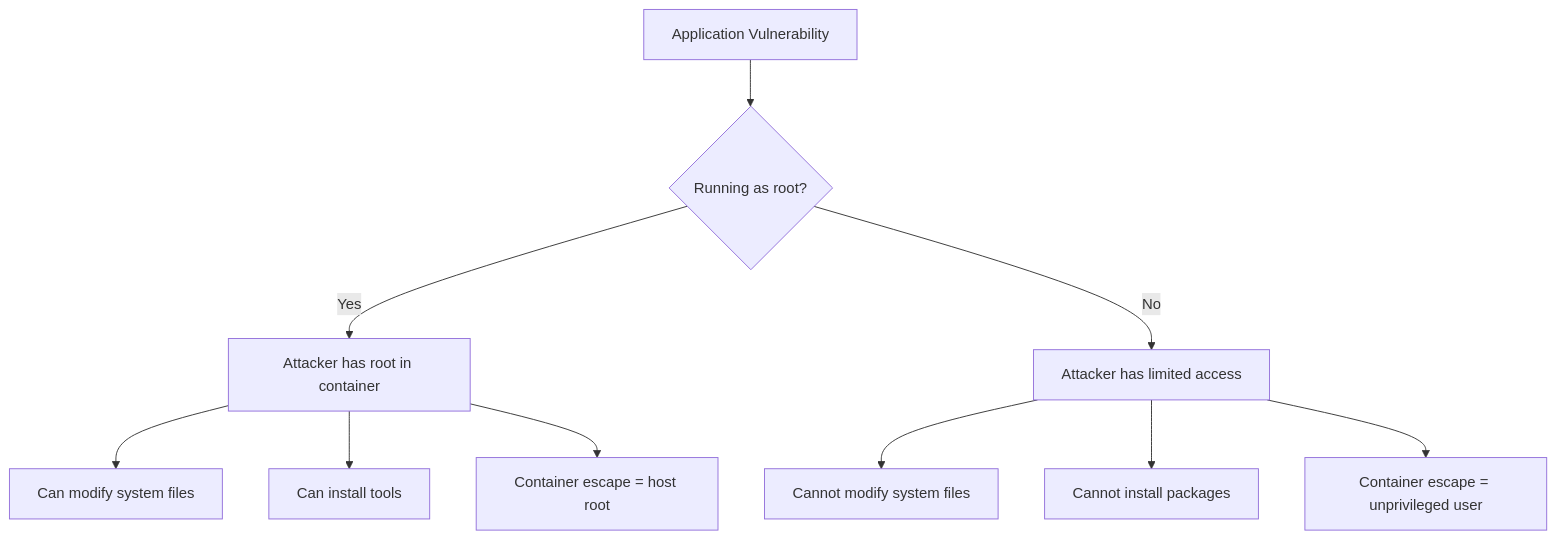
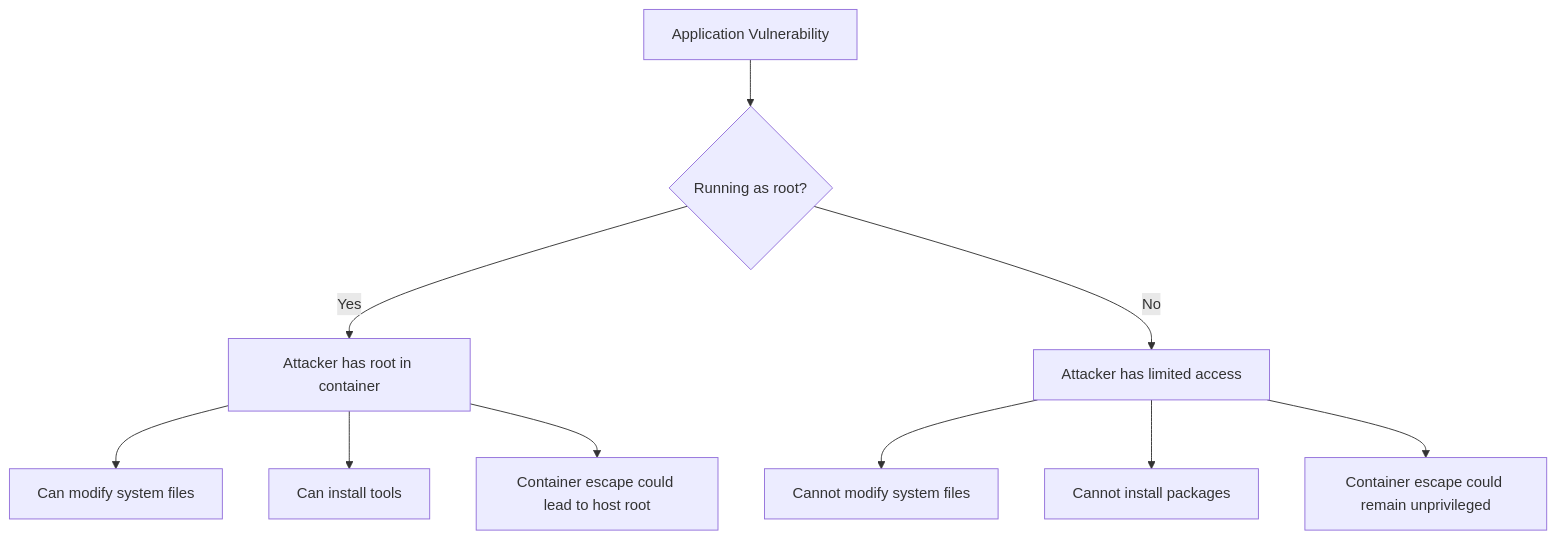
The first of 2 diagrams in posts/2026-02-20-docker-rootless-containers/README.md (OneUptime/blog), drawn with Mermaid before and after one commit. The commit also changed other lines of this file and 2 other files, not shown here.

````diff
--- a/posts/2026-02-20-docker-rootless-containers/README.md
+++ b/posts/2026-02-20-docker-rootless-containers/README.md
@@ -17,12 +17,12 @@
 ```mermaid
 graph TD
     A[Application Vulnerability] --> B{Running as root?}
     B -->|Yes| C[Attacker has root in container]
     C --> D[Can modify system files]
     C --> E[Can install tools]
-    C --> F[Container escape = host root]
+    C --> F[Container escape could lead to host root]
     B -->|No| G[Attacker has limited access]
     G --> H[Cannot modify system files]
     G --> I[Cannot install packages]
-    G --> J[Container escape = unprivileged user]
+    G --> J[Container escape could remain unprivileged]
 ```
````
